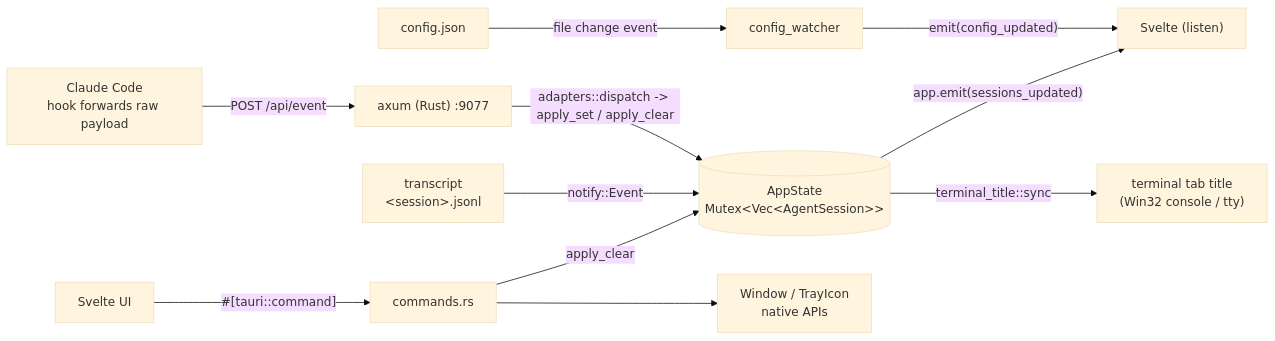
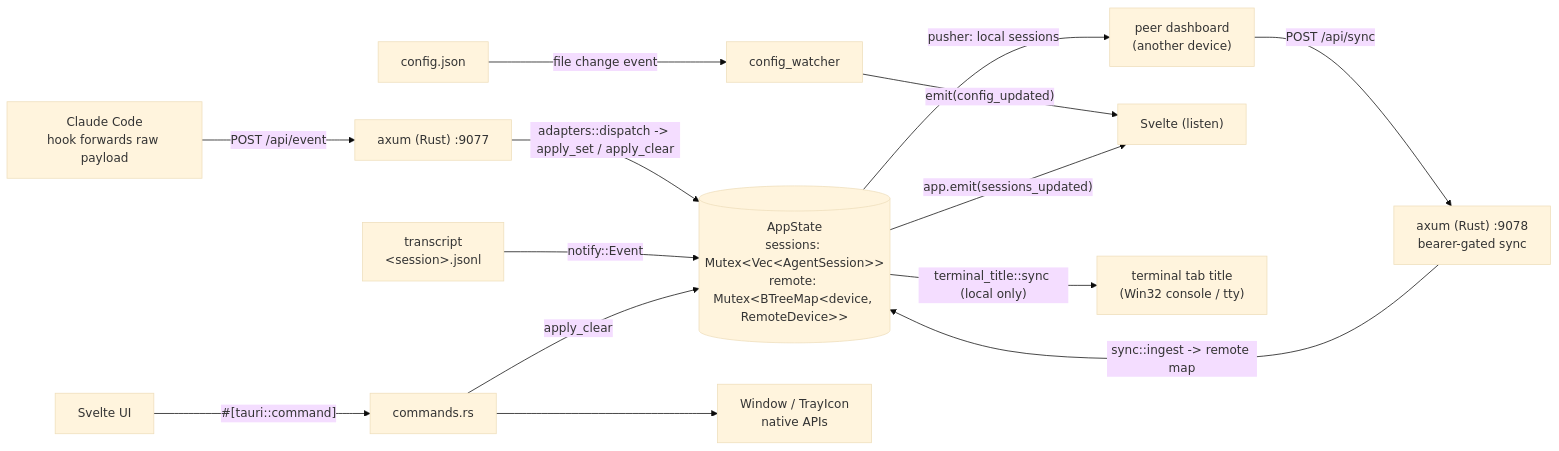
Before and after one commit to AnotherSava/claude-code-dashboard: the diagram in docs/pages/development/data-flow.md, drawn with Mermaid (base theme). The commit also changed other lines of this file and 18 other files, not shown here.

First line of the commit message:
feat: sync sessions across devices

````diff
--- a/docs/pages/development/data-flow.md
+++ b/docs/pages/development/data-flow.md
@@ -12,26 +12,31 @@
 ```mermaid
 flowchart LR
   CC["Claude Code<br/>hook forwards raw payload"]
   TR["transcript<br/>&lt;session&gt;.jsonl"]
   UI["Svelte UI"]
   CFG["config.json"]
+  PEER["peer dashboard<br/>(another device)"]
 
   AX["axum (Rust) :9077"]
+  SYNC["axum (Rust) :9078<br/>bearer-gated sync"]
   CMD["commands.rs"]
   CW["config_watcher"]
-  AS[("AppState<br/>Mutex&lt;Vec&lt;AgentSession&gt;&gt;")]
+  AS[("AppState<br/>sessions: Mutex&lt;Vec&lt;AgentSession&gt;&gt;<br/>remote: Mutex&lt;BTreeMap&lt;device, RemoteDevice&gt;&gt;")]
   NATIVE["Window / TrayIcon<br/>native APIs"]
   SV["Svelte (listen)"]
   TT["terminal tab title<br/>(Win32 console / tty)"]
 
   CC -->|"POST /api/event"| AX
   AX -->|"adapters::dispatch -> apply_set / apply_clear"| AS
   TR -->|"notify::Event"| AS
+  PEER -->|"POST /api/sync"| SYNC
+  SYNC -->|"sync::ingest -> remote map"| AS
+  AS -->|"pusher: local sessions"| PEER
   UI -->|"#[tauri::command]"| CMD
   CMD -->|"apply_clear"| AS
   CMD --> NATIVE
   CFG -->|"file change event"| CW
   CW -->|"emit(config_updated)"| SV
   AS -->|"app.emit(sessions_updated)"| SV
-  AS -->|"terminal_title::sync"| TT
+  AS -->|"terminal_title::sync (local only)"| TT
 ```
````
